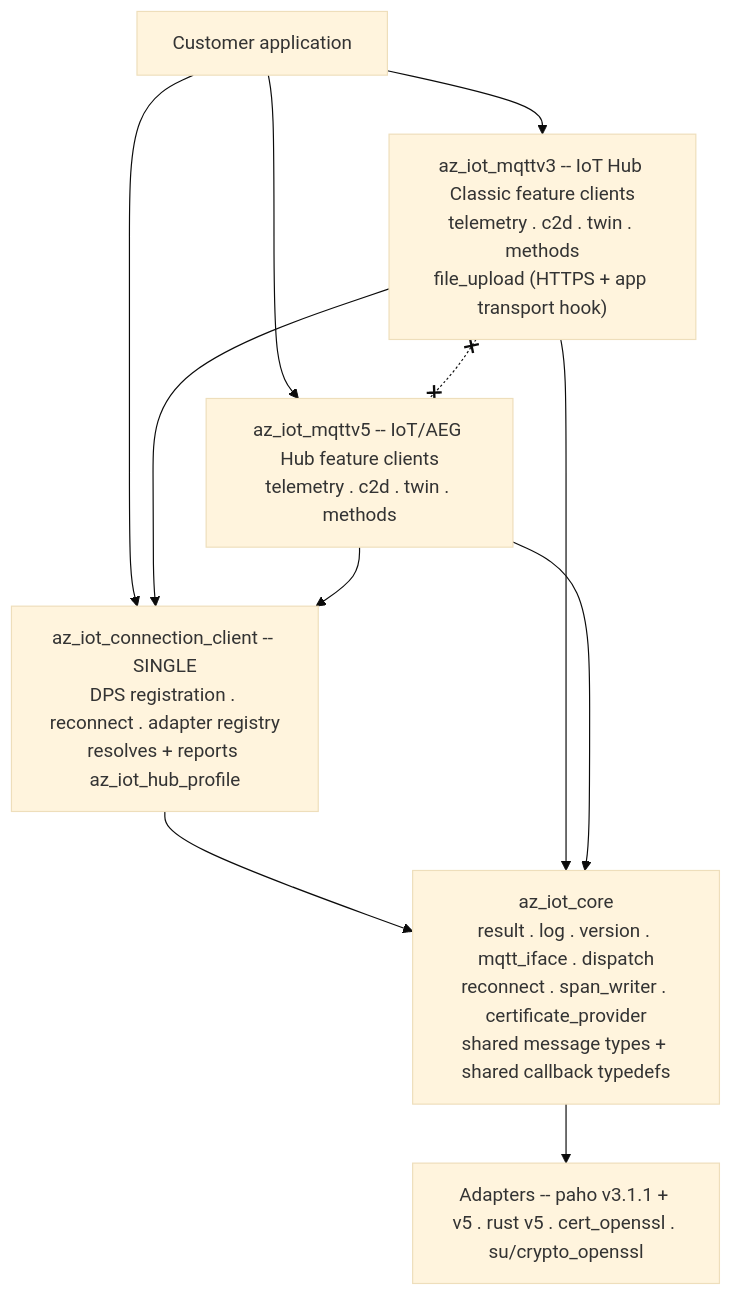
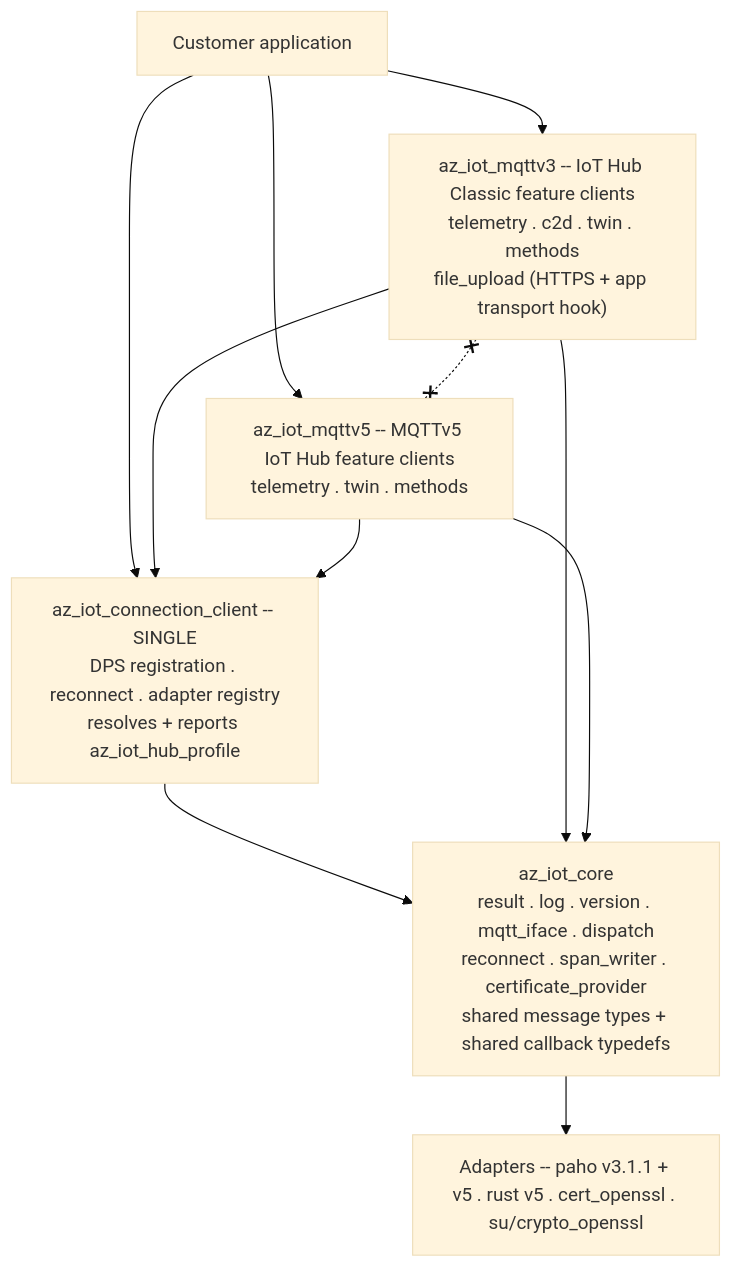
One commit to Azure/azure-iot-sdk changed the first of 2 diagrams in c/docs/eng/client-separation.md. Above: the diagram before and after it, drawn with Mermaid (base theme). The commit also changed other lines of this file and 27 other files, not shown here.

````diff
--- a/c/docs/eng/client-separation.md
+++ b/c/docs/eng/client-separation.md
@@ -412,20 +430,20 @@
 ```mermaid
 flowchart TB
     APP["Customer application"]
     G1["az_iot_mqttv3 -- IoT Hub Classic feature clients<br/>telemetry . c2d . twin . methods<br/>file_upload (HTTPS + app transport hook)"]
-    G2["az_iot_mqttv5 -- IoT/AEG Hub feature clients<br/>telemetry . c2d . twin . methods"]
+    G2["az_iot_mqttv5 -- MQTTv5 IoT Hub feature clients<br/>telemetry . twin . methods"]
     CONN["az_iot_connection_client -- SINGLE<br/>DPS registration . reconnect . adapter registry<br/>resolves + reports az_iot_hub_profile"]
     CORE["az_iot_core<br/>result . log . version . mqtt_iface . dispatch<br/>reconnect . span_writer . certificate_provider<br/>shared message types + shared callback typedefs"]
     ADAPT["Adapters -- paho v3.1.1 + v5 . rust v5 . cert_openssl . su/crypto_openssl"]
 
     APP --> G1
     APP --> G2
     APP --> CONN
     G1 --> CONN
     G2 --> CONN
     CONN --> CORE
     G1 --> CORE
     G2 --> CORE
     CORE --> ADAPT
     G1 x-.-x G2
 ```
````
